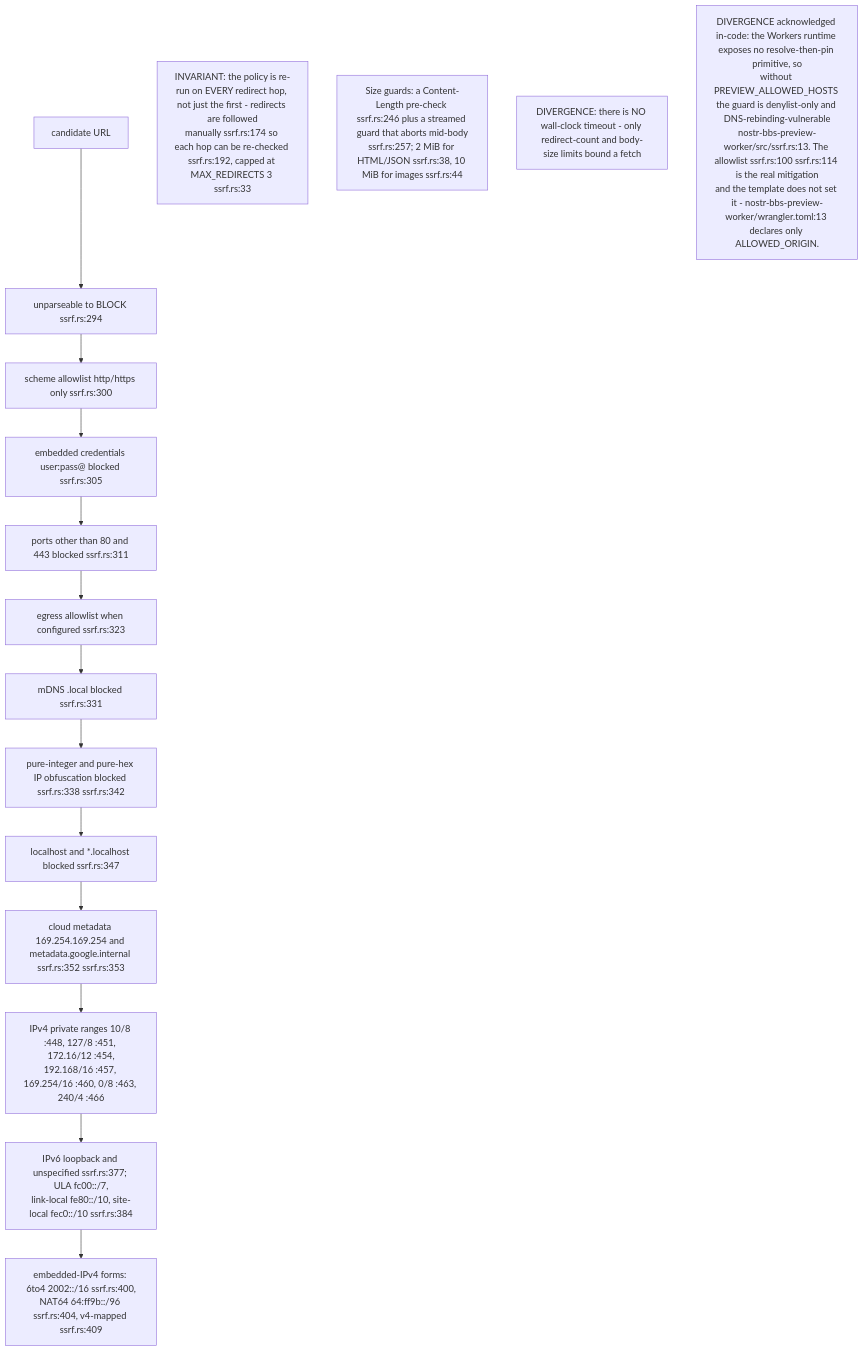
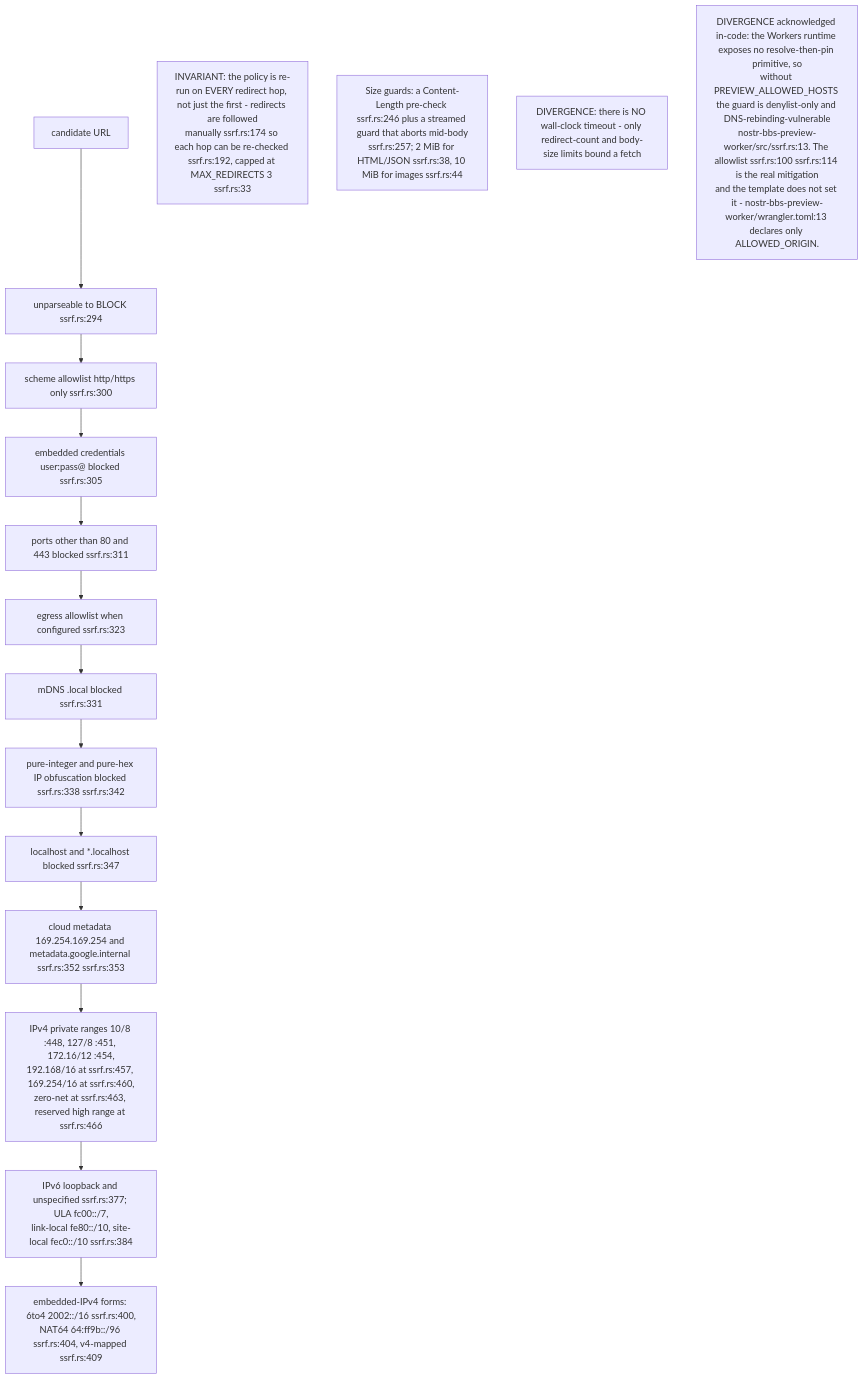
One commit to DreamLab-AI/VisionFlow changed the sixth of 8 diagrams in docs/diagrams/nostr-rust-forum/07-search-preview-and-shared-worker-utilities.md. Above: the diagram before and after it, drawn with Mermaid. The commit also changed 51 other files, not shown here.

First line of the commit message:
docs(diagrams): agentbox AB-01..13 re-attested anchor by anchor (980 anchors, 22 defects); checkpoint against an out-of-mesh writer

````diff
--- a/docs/diagrams/nostr-rust-forum/07-search-preview-and-shared-worker-utilities.md
+++ b/docs/diagrams/nostr-rust-forum/07-search-preview-and-shared-worker-utilities.md
@@ -148,23 +148,23 @@
 ```mermaid
 flowchart TB
     URL["candidate URL"]
     P0["unparseable to BLOCK ssrf.rs:294"]
     P1["scheme allowlist http/https only ssrf.rs:300"]
     P2["embedded credentials user:pass@ blocked ssrf.rs:305"]
     P3["ports other than 80 and 443 blocked ssrf.rs:311"]
     P4["egress allowlist when configured ssrf.rs:323"]
     P5["mDNS .local blocked ssrf.rs:331"]
     P6["pure-integer and pure-hex IP obfuscation blocked ssrf.rs:338 ssrf.rs:342"]
     P7["localhost and *.localhost blocked ssrf.rs:347"]
     P8["cloud metadata 169.254.169.254 and metadata.google.internal ssrf.rs:352 ssrf.rs:353"]
-    P9["IPv4 private ranges 10/8 :448, 127/8 :451, 172.16/12 :454,<br/>192.168/16 :457, 169.254/16 :460, 0/8 :463, 240/4 :466"]
+    P9["IPv4 private ranges 10/8 :448, 127/8 :451, 172.16/12 :454,<br/>192.168/16 at ssrf.rs:457, 169.254/16 at ssrf.rs:460,<br/>zero-net at ssrf.rs:463, reserved high range at ssrf.rs:466"]
     P10["IPv6 loopback and unspecified ssrf.rs:377; ULA fc00::/7,<br/>link-local fe80::/10, site-local fec0::/10 ssrf.rs:384"]
     P11["embedded-IPv4 forms: 6to4 2002::/16 ssrf.rs:400,<br/>NAT64 64:ff9b::/96 ssrf.rs:404, v4-mapped ssrf.rs:409"]
 
     URL --> P0 --> P1 --> P2 --> P3 --> P4 --> P5 --> P6 --> P7 --> P8 --> P9 --> P10 --> P11
 
     N1["INVARIANT: the policy is re-run on EVERY redirect hop, not just the first - redirects are followed<br/>manually ssrf.rs:174 so each hop can be re-checked ssrf.rs:192, capped at MAX_REDIRECTS 3 ssrf.rs:33"]
     N2["Size guards: a Content-Length pre-check ssrf.rs:246 plus a streamed guard that aborts mid-body<br/>ssrf.rs:257; 2 MiB for HTML/JSON ssrf.rs:38, 10 MiB for images ssrf.rs:44"]
     N3["DIVERGENCE: there is NO wall-clock timeout - only redirect-count and body-size limits bound a fetch"]
     N4["DIVERGENCE acknowledged in-code: the Workers runtime exposes no resolve-then-pin primitive, so<br/>without PREVIEW_ALLOWED_HOSTS the guard is denylist-only and DNS-rebinding-vulnerable<br/>nostr-bbs-preview-worker/src/ssrf.rs:13. The allowlist ssrf.rs:100 ssrf.rs:114 is the real mitigation<br/>and the template does not set it - nostr-bbs-preview-worker/wrangler.toml:13 declares only ALLOWED_ORIGIN."]
 ```
````
